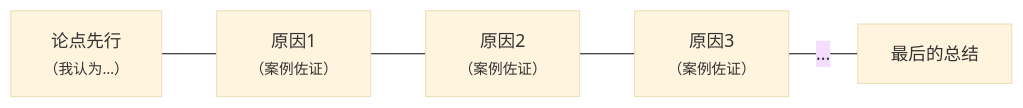
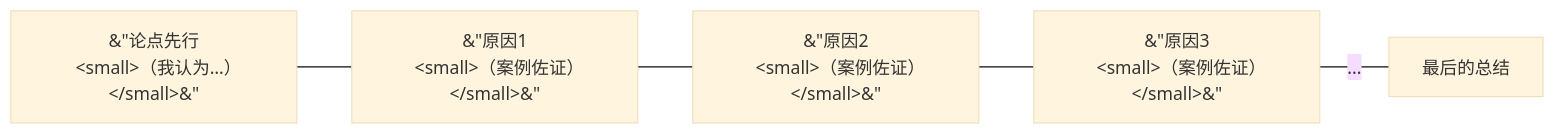
Before and after one commit to Lruihao/lruihao.github.io: the ninth of 10 diagrams in posts/article-structure/index.md, drawn with Mermaid (base theme). The commit also changed other lines of this file and 688 other files, not shown here.

````diff
--- a/posts/article-structure/index.md
+++ b/posts/article-structure/index.md
@@ -260,14 +260,14 @@
 ```mermaid
 graph LR
-  A["论点先行
-  <small>（我认为…）</small>"]
-  B["原因1
-  <small>（案例佐证）</small>"]
-  C["原因2
-  <small>（案例佐证）</small>"]
-  D["原因3
-  <small>（案例佐证）</small>"]
+  A[&#34;论点先行
+  &lt;small&gt;（我认为…）&lt;/small&gt;&#34;]
+  B[&#34;原因1
+  &lt;small&gt;（案例佐证）&lt;/small&gt;&#34;]
+  C[&#34;原因2
+  &lt;small&gt;（案例佐证）&lt;/small&gt;&#34;]
+  D[&#34;原因3
+  &lt;small&gt;（案例佐证）&lt;/small&gt;&#34;]
   E[最后的总结]
   A---B---C---D-- ... ---E
 
 ```
````
